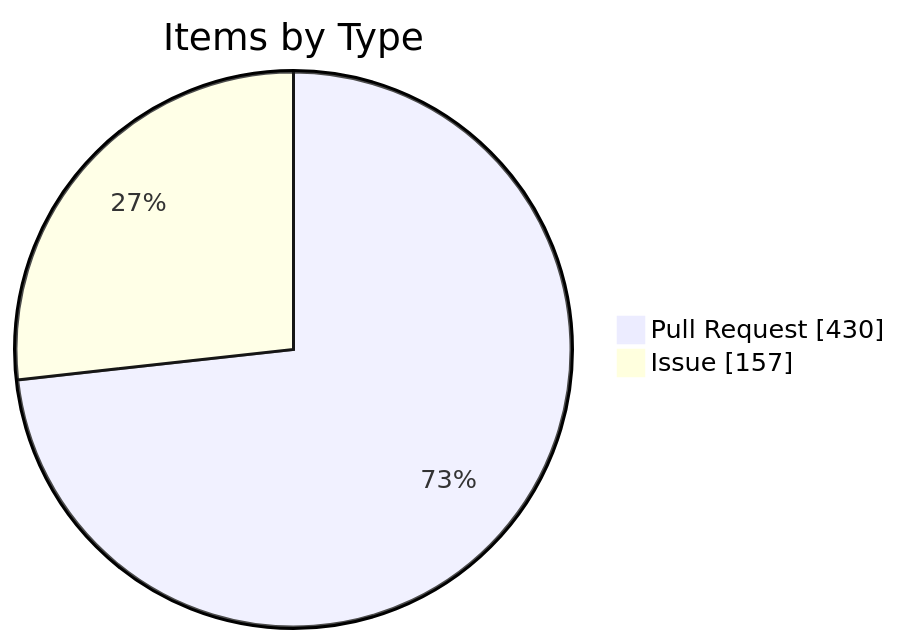
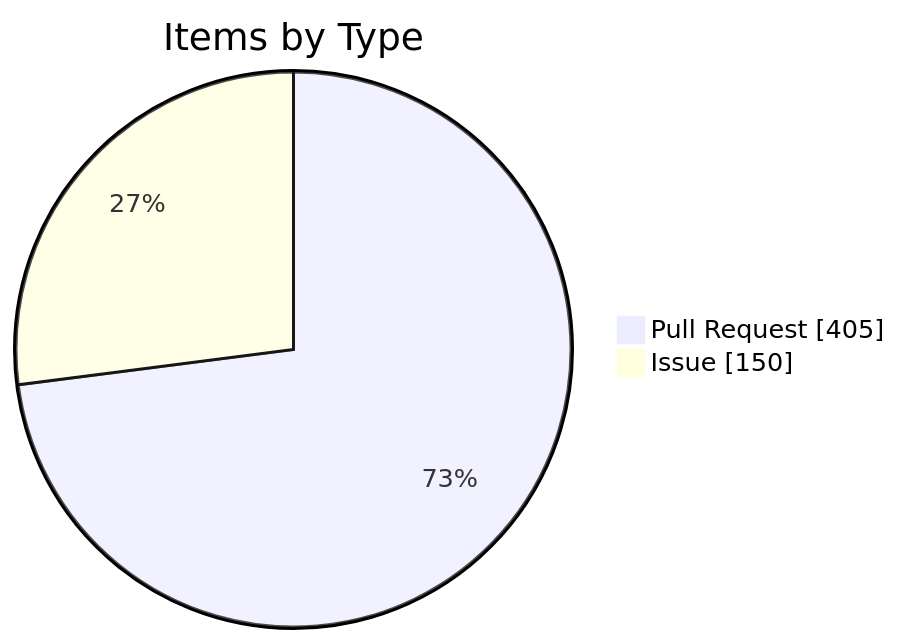
Before and after one commit to KBVE/kbve: the fourth of 4 diagrams in apps/kbve/astro-kbve/src/content/docs/dashboard/kanban-data.mdx, drawn with Mermaid. The commit also changed other lines of this file and 8 other files, not shown here.

````diff
--- a/apps/kbve/astro-kbve/src/content/docs/dashboard/kanban-data.mdx
+++ b/apps/kbve/astro-kbve/src/content/docs/dashboard/kanban-data.mdx
@@ -116,6 +116,6 @@
 ```mermaid
 pie showData
     title Items by Type
-    "Pull Request" : 430
-    "Issue" : 157
+    "Pull Request" : 405
+    "Issue" : 150
 ```
````
